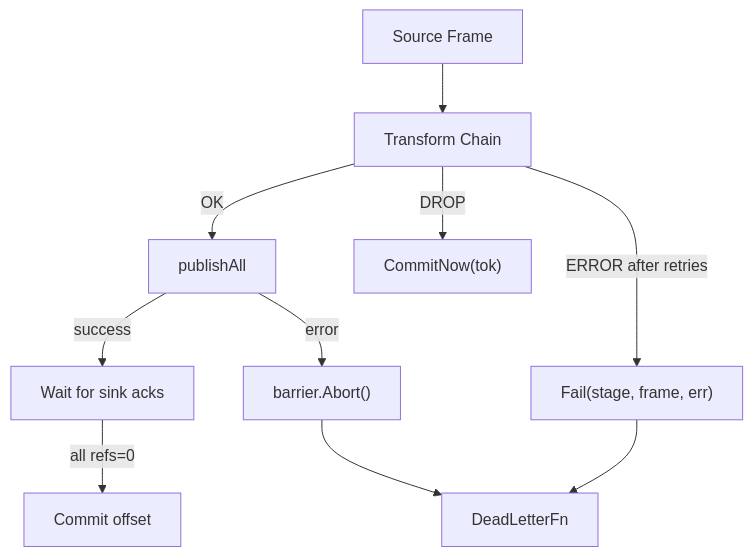
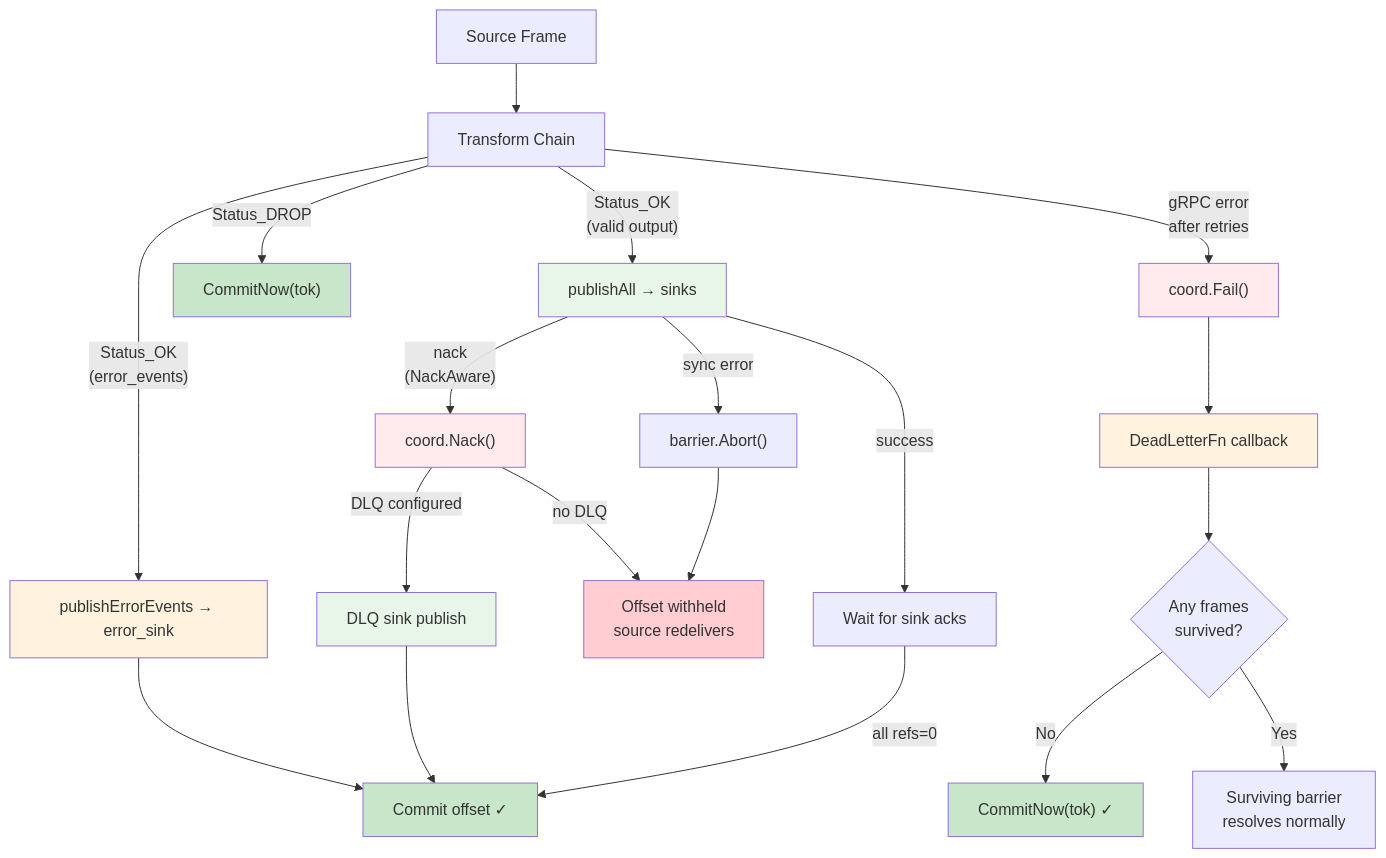
Before and after one commit to mohsanabbas/quanta: the fourth of 5 diagrams in docs/specs/error-handling.md, drawn with Mermaid. The commit also changed other lines of this file and 38 other files, not shown here.

First line of the commit message:
Epic: Sink Nack & Engine-Managed DLQ (#16)

````diff
--- a/docs/specs/error-handling.md
+++ b/docs/specs/error-handling.md
@@ -29,14 +192,37 @@
 ```mermaid
 flowchart TD
   frame["Source Frame"] --> transform["Transform Chain"]
-  transform -->|OK| publish["publishAll"]
-  transform -->|DROP| commitNow["CommitNow(tok)"]
-  transform -->|ERROR after retries| fail["Fail(stage, frame, err)"]
+
+  transform -->|"Status_OK<br/>(valid output)"| publish["publishAll → sinks"]
+  transform -->|"Status_OK<br/>(error_events)"| errorSink["publishErrorEvents → error_sink"]
+  transform -->|"Status_DROP"| commitNow["CommitNow(tok)"]
+  transform -->|"gRPC error<br/>after retries"| fail["coord.Fail()"]
 
   publish -->|success| ackWait["Wait for sink acks"]
-  publish -->|error| abort["barrier.Abort()"]
+  publish -->|sync error| abort["barrier.Abort()"]
+  publish -->|"nack<br/>(NackAware)"| nack["coord.Nack()"]
 
-  ackWait -->|all refs=0| commit["Commit offset"]
-  abort --> dlq["DeadLetterFn"]
-  fail --> dlq
+  ackWait -->|"all refs=0"| commit["Commit offset ✓"]
+  abort --> withhold["Offset withheld<br/>source redelivers"]
+  nack -->|"DLQ configured"| dlqPublish["DLQ sink publish"]
+  nack -->|"no DLQ"| withhold
+  dlqPublish --> commit
+
+  errorSink --> commit
+
+  fail --> dlfn["DeadLetterFn callback"]
+  dlfn --> commitCheck{"Any frames<br/>survived?"}
+  commitCheck -->|No| commitNow2["CommitNow(tok) ✓"]
+  commitCheck -->|Yes| barrierWait["Surviving barrier<br/>resolves normally"]
+
+  style publish fill:#e8f5e9
+  style errorSink fill:#fff3e0
+  style fail fill:#ffebee
+  style commit fill:#c8e6c9
+  style commitNow fill:#c8e6c9
+  style commitNow2 fill:#c8e6c9
+  style withhold fill:#ffcdd2
+  style dlfn fill:#fff3e0
+  style dlqPublish fill:#e8f5e9
+  style nack fill:#ffebee
 ```
````
